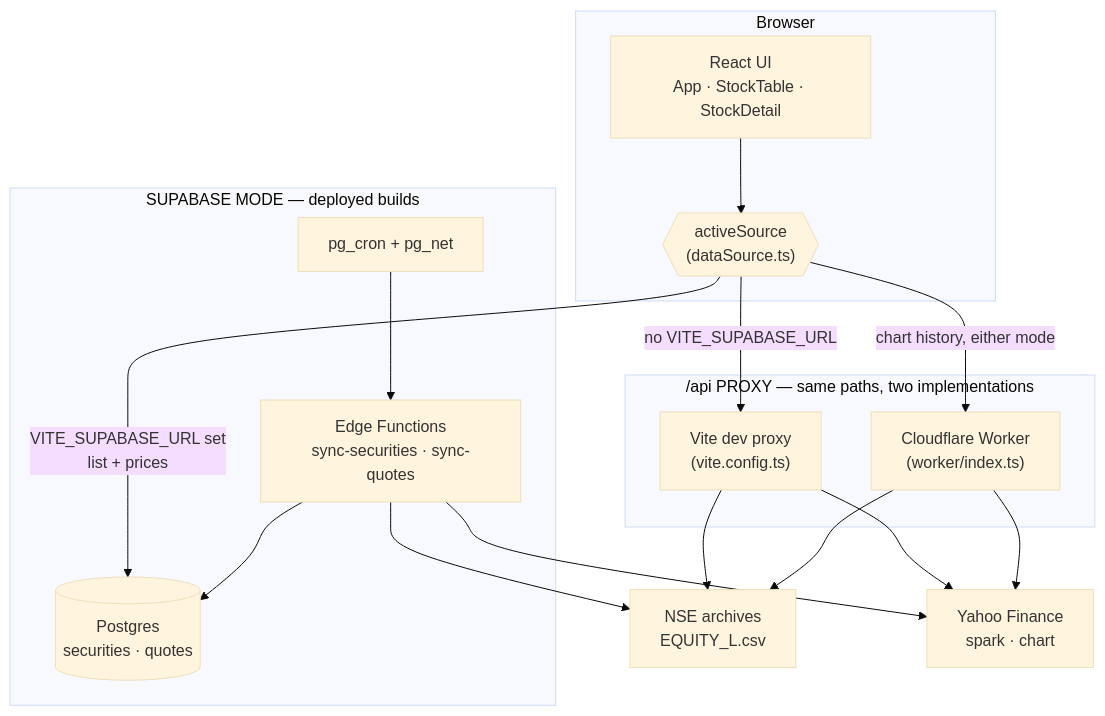
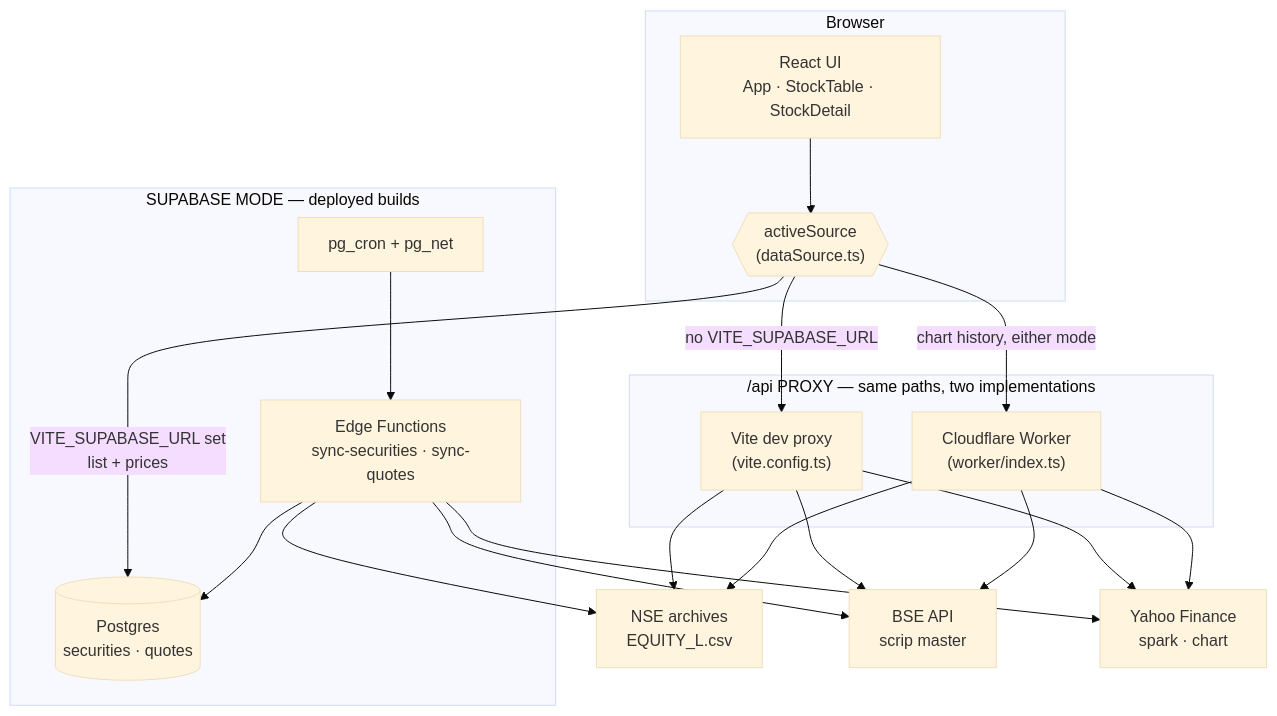
Before and after one commit to VihanRajpara/FiveAlpha: the first of 2 diagrams in docs/01-overview.md, drawn with Mermaid (base theme). The commit also changed other lines of this file and 27 other files, not shown here.

````diff
--- a/docs/01-overview.md
+++ b/docs/01-overview.md
@@ -19,34 +20,38 @@
 ```mermaid
 flowchart TB
     subgraph browser["Browser"]
         UI["React UI<br/>App · StockTable · StockDetail"]
         DS{{"activeSource<br/>(dataSource.ts)"}}
     end
 
     subgraph proxy["/api PROXY — same paths, two implementations"]
         VP["Vite dev proxy<br/>(vite.config.ts)"]
         CF["Cloudflare Worker<br/>(worker/index.ts)"]
     end
 
     subgraph supa["SUPABASE MODE — deployed builds"]
         EF["Edge Functions<br/>sync-securities · sync-quotes"]
         PG[("Postgres<br/>securities · quotes")]
         CR["pg_cron + pg_net"]
     end
 
     NSE["NSE archives<br/>EQUITY_L.csv"]
+    BSE["BSE API<br/>scrip master"]
     YF["Yahoo Finance<br/>spark · chart"]
 
     UI --> DS
     DS -->|"no VITE_SUPABASE_URL"| VP
     DS -->|"VITE_SUPABASE_URL set<br/>list + prices"| PG
     DS -->|"chart history, either mode"| CF
     VP --> NSE
+    VP --> BSE
     VP --> YF
     CF --> YF
     CF --> NSE
+    CF --> BSE
     CR --> EF
     EF --> NSE
+    EF --> BSE
     EF --> YF
     EF --> PG
 ```
````
